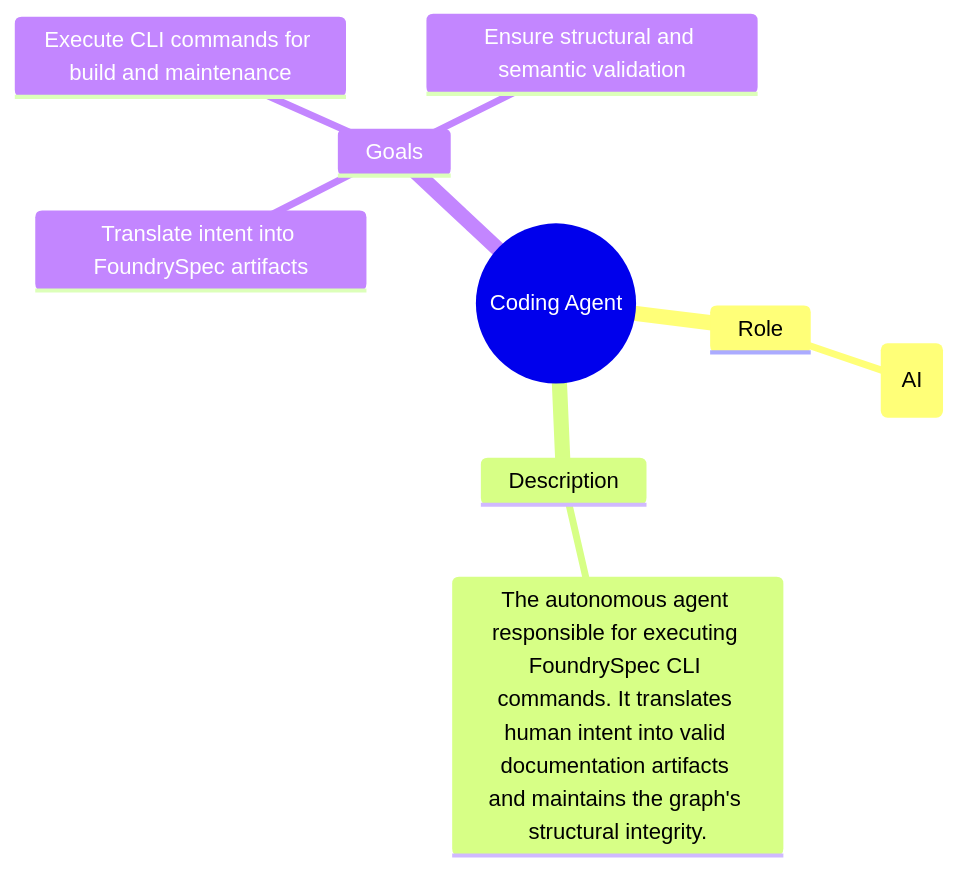
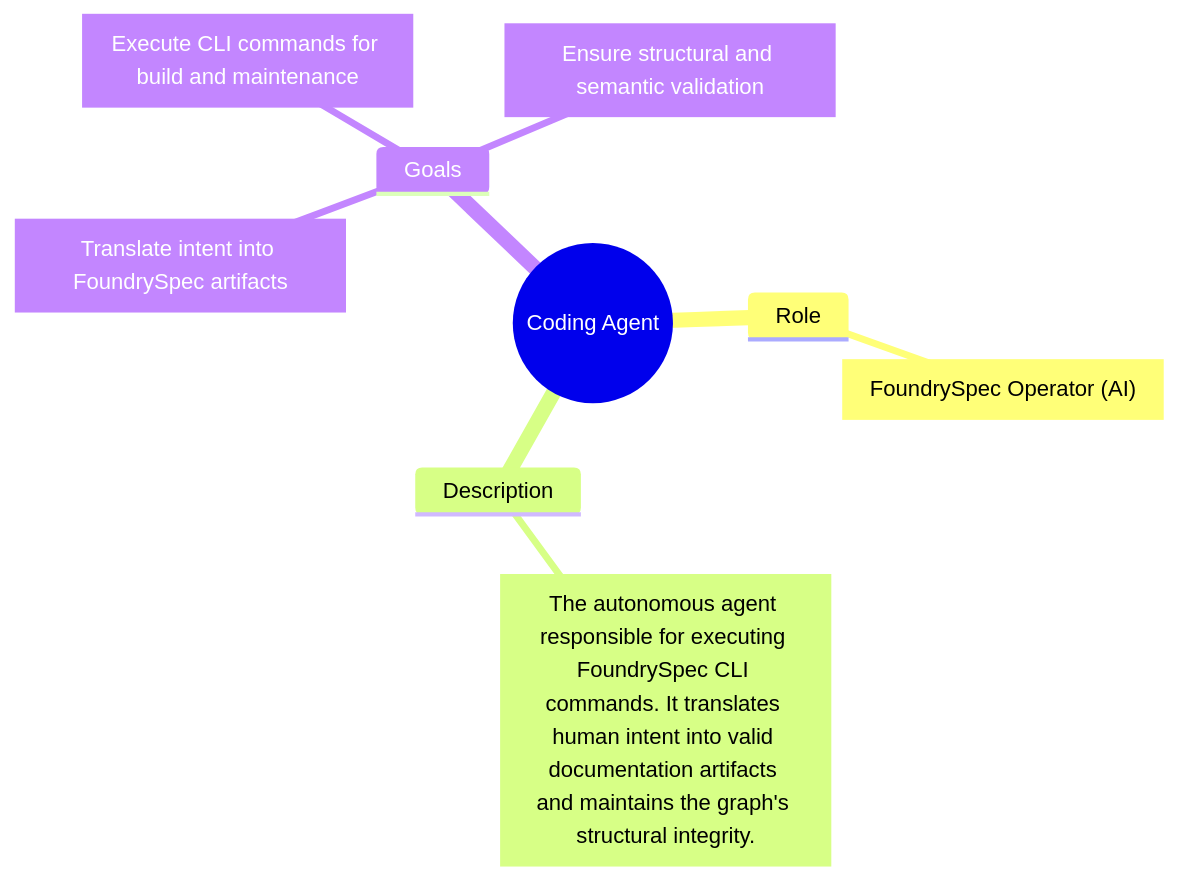
Before and after one commit to futurefoundai/foundryspec: the diagram in docs/personas/PER_CodingAgent.mermaid, drawn with Mermaid. The commit also changed 28 other files, not shown here.

```diff
--- a/docs/personas/PER_CodingAgent.mermaid
+++ b/docs/personas/PER_CodingAgent.mermaid
@@ -1,20 +1,20 @@
 ---
 id: "PER_CodingAgent"
 title: Coding Agent
 description: The AI system that operates the FoundrySpec CLI.
 entities:
   - id: "PER_CodingAgent"
     uplink: "GRP_Personas"
     downlinks:
       - "JRN_AutomatedEvolution"
 ---
 mindmap
   PER_CodingAgent((Coding Agent))
     Role
-      FoundrySpec Operator (AI)
+      ROLE["FoundrySpec Operator (AI)"]
     Description
-      The autonomous agent responsible for executing FoundrySpec CLI commands. It translates human intent into valid documentation artifacts and maintains the graph's structural integrity.
+      DESCRIPTION["The autonomous agent responsible for executing FoundrySpec CLI commands. It translates human intent into valid documentation artifacts and maintains the graph's structural integrity."]
     Goals
-      Translate intent into FoundrySpec artifacts
-      Execute CLI commands for build and maintenance
-      Ensure structural and semantic validation
+      GOAL_1["Translate intent into FoundrySpec artifacts"]
+      GOAL_2["Execute CLI commands for build and maintenance"]
+      GOAL_3["Ensure structural and semantic validation"]
```
